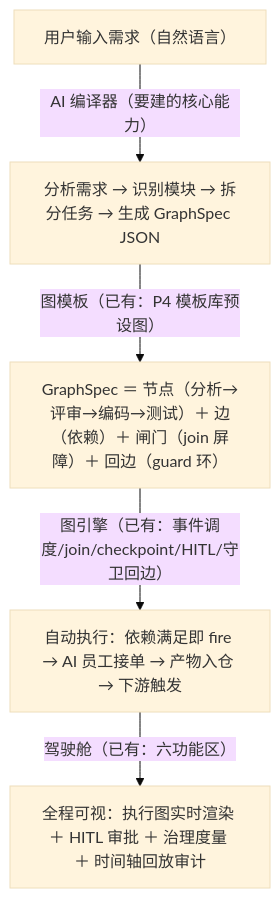
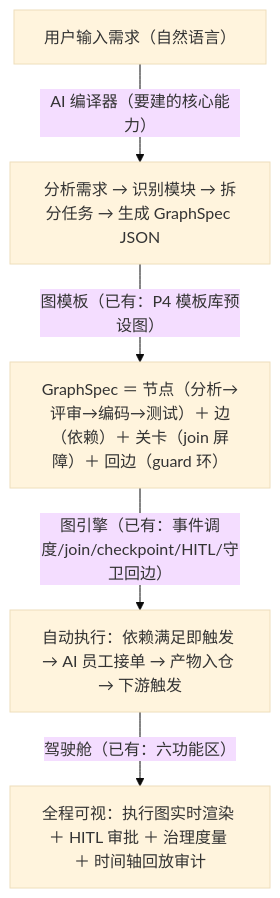
One commit to issac-new/SwarmStudio changed the second of 3 diagrams in docs/superpowers/specs/2026-10-05-mux-v8-fullflow-plan.md. Above: the diagram before and after it, drawn with Mermaid (base theme). The commit also changed other lines of this file, not shown here.

First line of the commit message:
docs(spec): 方案 V8 说人话轮——467 处黑话/自造词替换为行业术语或直白中文

````diff
--- a/docs/superpowers/specs/2026-10-05-mux-v8-fullflow-plan.md
+++ b/docs/superpowers/specs/2026-10-05-mux-v8-fullflow-plan.md
@@ -62,7 +62,7 @@
 ```mermaid
 flowchart TB
     REQ["用户输入需求（自然语言）"] -->|"AI 编译器（要建的核心能力）"| GEN["分析需求 → 识别模块 → 拆分任务 → 生成 GraphSpec JSON"]
-    GEN -->|"图模板（已有：P4 模板库预设图）"| SPEC["GraphSpec ＝ 节点（分析→评审→编码→测试）＋ 边（依赖）＋ 闸门（join 屏障）＋ 回边（guard 环）"]
-    SPEC -->|"图引擎（已有：事件调度/join/checkpoint/HITL/守卫回边）"| RUN["自动执行：依赖满足即 fire → AI 员工接单 → 产物入仓 → 下游触发"]
+    GEN -->|"图模板（已有：P4 模板库预设图）"| SPEC["GraphSpec ＝ 节点（分析→评审→编码→测试）＋ 边（依赖）＋ 关卡（join 屏障）＋ 回边（guard 环）"]
+    SPEC -->|"图引擎（已有：事件调度/join/checkpoint/HITL/守卫回边）"| RUN["自动执行：依赖满足即触发 → AI 员工接单 → 产物入仓 → 下游触发"]
     RUN -->|"驾驶舱（已有：六功能区）"| VIS["全程可视：执行图实时渲染 ＋ HITL 审批 ＋ 治理度量 ＋ 时间轴回放审计"]
 ```
````
